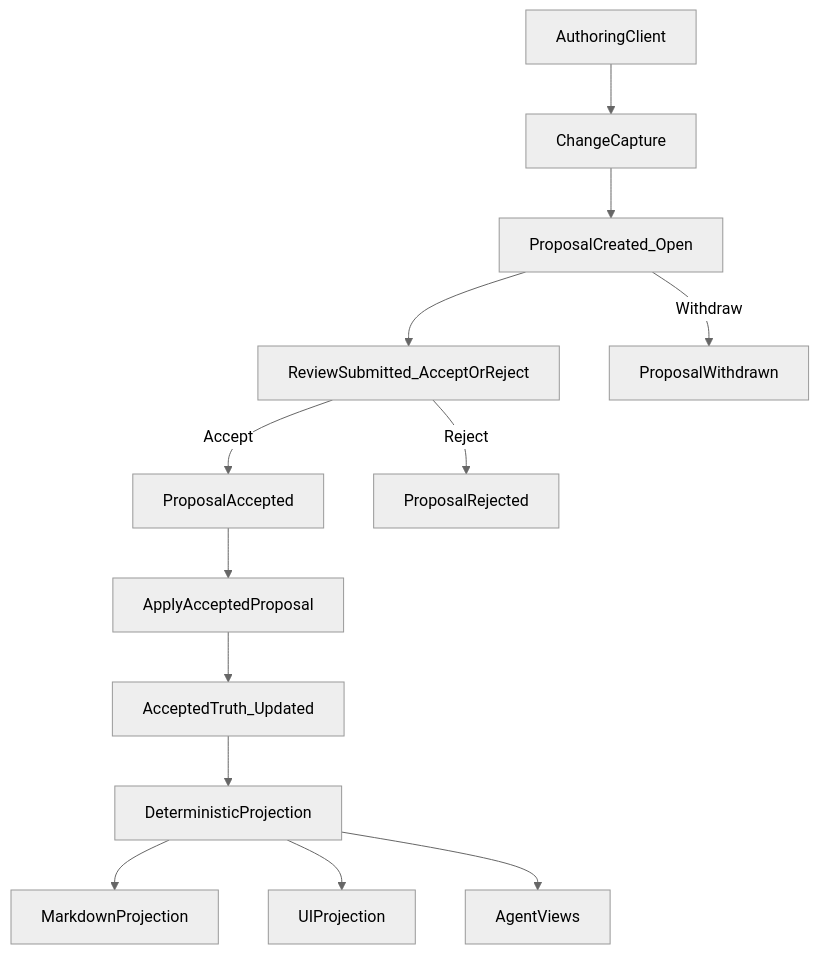
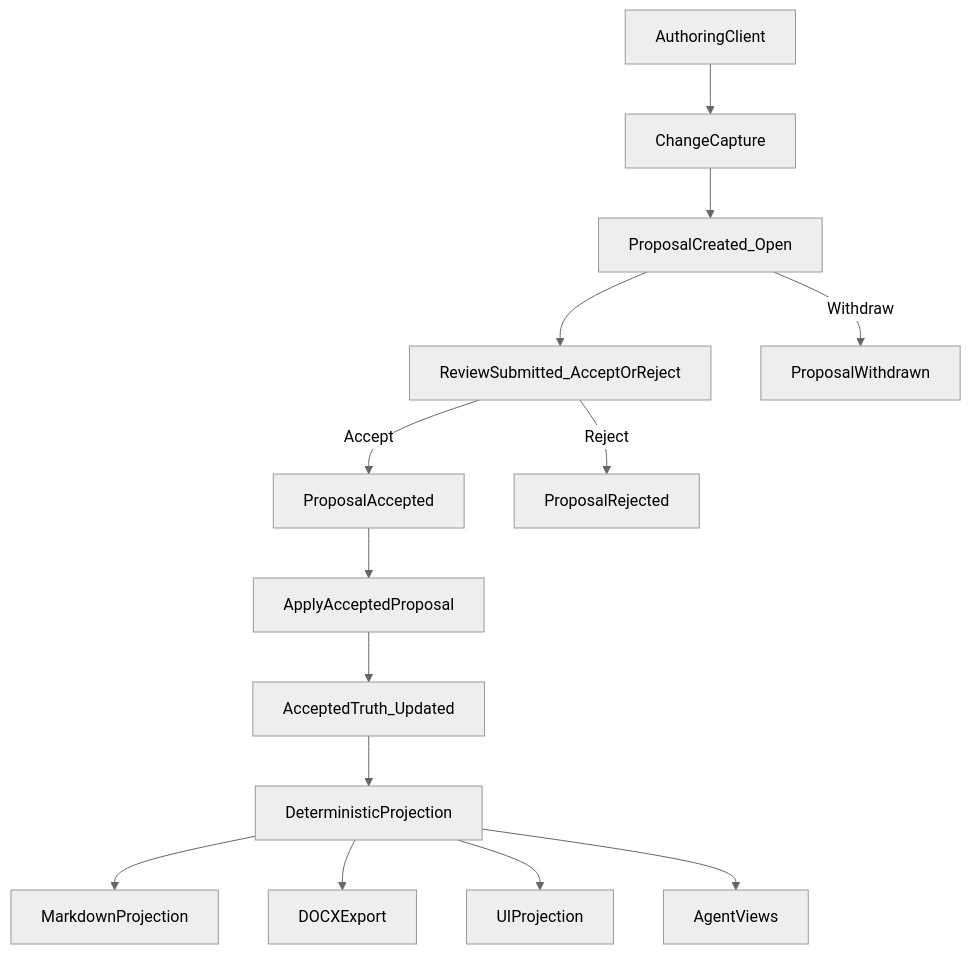
The second of 3 diagrams in docs/WHITEPAPER.md (whact2025/context-first-docs), drawn with Mermaid (neutral theme) before and after one commit. The commit also changed other lines of this file and 13 other files, not shown here.

````diff
--- a/docs/WHITEPAPER.md
+++ b/docs/WHITEPAPER.md
@@ -253,17 +280,18 @@
 ```mermaid
 flowchart TD
   authoring[AuthoringClient] --> capture[ChangeCapture]
   capture --> proposal[ProposalCreated_Open]
   proposal --> review[ReviewSubmitted_AcceptOrReject]
   review -->|Accept| accepted[ProposalAccepted]
   review -->|Reject| rejected[ProposalRejected]
   proposal -->|Withdraw| withdrawn[ProposalWithdrawn]
 
   accepted --> apply[ApplyAcceptedProposal]
   apply --> truth[AcceptedTruth_Updated]
 
   truth --> project[DeterministicProjection]
   project --> markdown[MarkdownProjection]
+  project --> docx[DOCXExport]
   project --> ui[UIProjection]
   project --> agentViews[AgentViews]
 ```
````
